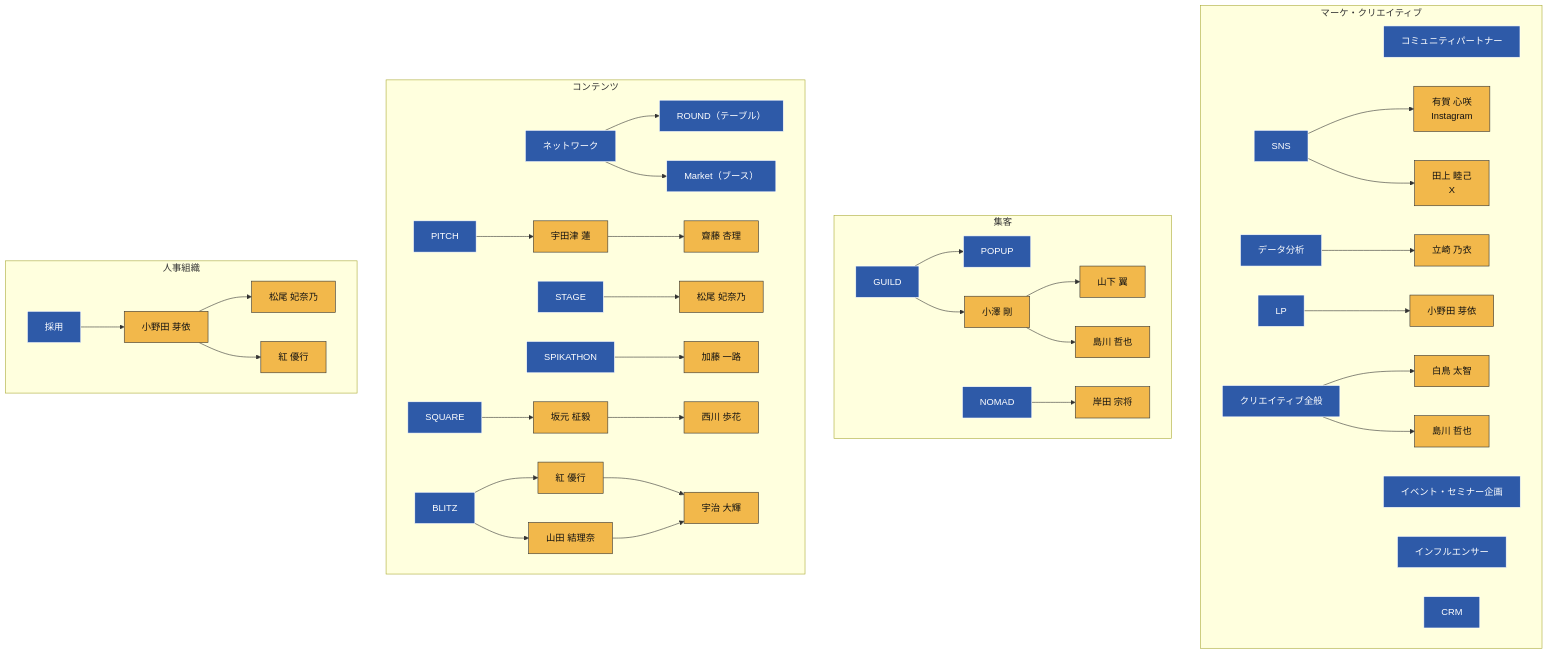
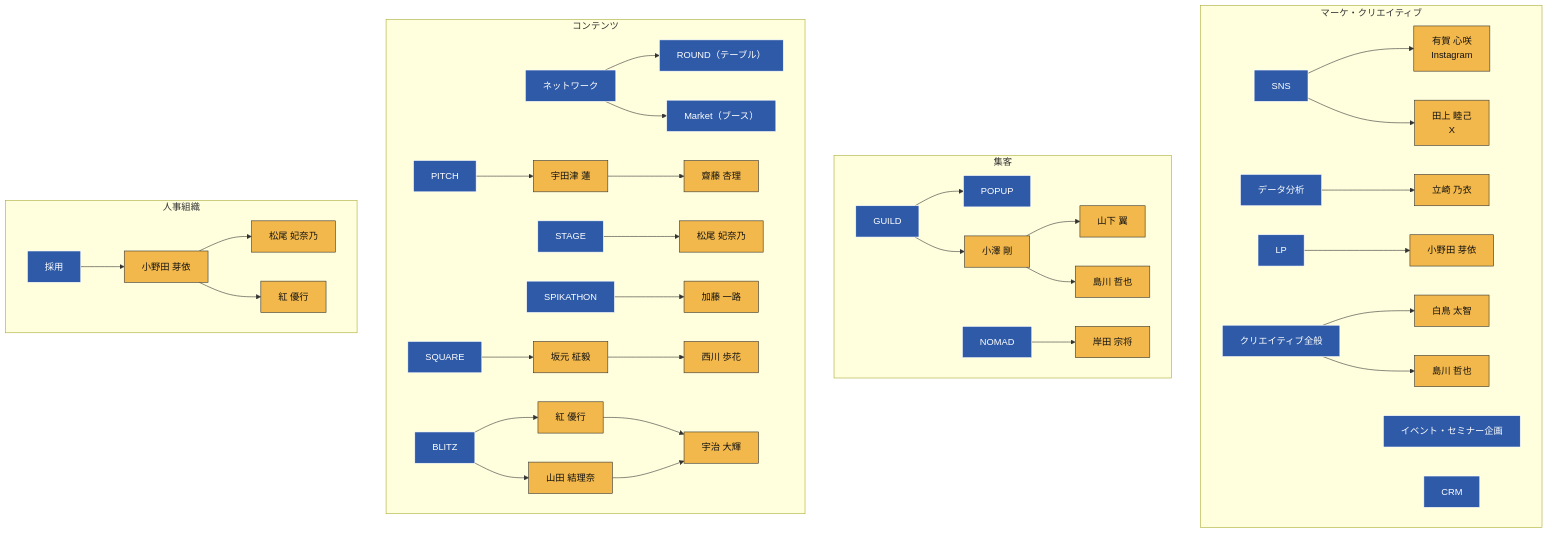
Before and after one commit to liofval/spikes_hr: the second of 2 diagrams in spikes-org-chart.md, drawn with Mermaid. The commit also changed 1 other file, not shown here.

Commit message:
担当者マップ: コミュニティパートナー・インフルエンサーを削除

````diff
--- a/spikes-org-chart.md
+++ b/spikes-org-chart.md
@@ -70,63 +70,61 @@
 ```mermaid
 graph TD
     subgraph SG_MC ["マーケ・クリエイティブ"]
-      CP[コミュニティパートナー]
       SNS[SNS]
       DATA[データ分析]
       EV[イベント・セミナー企画]
-      INF[インフルエンサー]
       LP[LP]
       CRM[CRM]
       CREATIVE[クリエイティブ全般]
       SNS --> Aruga2[有賀 心咲<br/>Instagram]
       SNS --> Tagami2[田上 睦己<br/>X]
       DATA --> Tatsuzaki2[立崎 乃衣]
       LP --> Onoda3[小野田 芽依]
       CREATIVE --> Shiratori2[白鳥 太智]
       CREATIVE --> Shimakawa3[島川 哲也]
     end
 
     subgraph SG_PROMO ["集客"]
       GUILD[GUILD]
       NOMAD[NOMAD]
       GUILD --> POPUP[POPUP]
       GUILD --> Ozawa2[小澤 剛]
       Ozawa2 --> Yamashita2[山下 翼]
       Ozawa2 --> Shimakawa2[島川 哲也]
       NOMAD --> Kishida2[岸田 宗将]
     end
 
     subgraph SG_CONT ["コンテンツ"]
       PITCH[PITCH]
       STAGE[STAGE]
       SPIKATHON[SPIKATHON]
       SQUARE[SQUARE]
       BLITZ[BLITZ]
       NW[ネットワーク]
       NW --> ROUND["ROUND（テーブル）"]
       NW --> MARKET["Market（ブース）"]
 
       PITCH --> Udatsu2[宇田津 蓮]
       Udatsu2 --> Saito2[齋藤 杏理]
       STAGE --> Matsuo2[松尾 妃奈乃]
       SPIKATHON --> Kato2[加藤 一路]
       SQUARE --> Sakamoto2[坂元 柾毅]
       Sakamoto2 --> Nishikawa2[西川 歩花]
       BLITZ --> Kurenai2[紅 優行]
       BLITZ --> Yamada2[山田 結理奈]
       Kurenai2 --> Uji2[宇治 大輝]
       Yamada2 --> Uji2
     end
 
     subgraph SG_HR ["人事組織"]
       RECRUIT[採用]
       RECRUIT --> Onoda2[小野田 芽依]
       Onoda2 --> Matsuo3[松尾 妃奈乃]
       Onoda2 --> Kurenai3[紅 優行]
     end
 
     classDef role fill:#2e5aa8,stroke:#fff,color:#fff;
     classDef person fill:#f2b84b,stroke:#333,color:#111;
-    class CP,SNS,DATA,EV,INF,LP,CRM,GUILD,NOMAD,CREATIVE,PITCH,STAGE,SPIKATHON,NW,SQUARE,BLITZ,ROUND,MARKET,POPUP,RECRUIT role;
+    class SNS,DATA,EV,LP,CRM,GUILD,NOMAD,CREATIVE,PITCH,STAGE,SPIKATHON,NW,SQUARE,BLITZ,ROUND,MARKET,POPUP,RECRUIT role;
     class Aruga2,Tagami2,Tatsuzaki2,Ozawa2,Yamashita2,Shimakawa2,Shimakawa3,Kishida2,Shiratori2,Udatsu2,Saito2,Matsuo2,Matsuo3,Kato2,Sakamoto2,Nishikawa2,Kurenai2,Kurenai3,Yamada2,Onoda2,Onoda3,Uji2 person;
 ```
````
